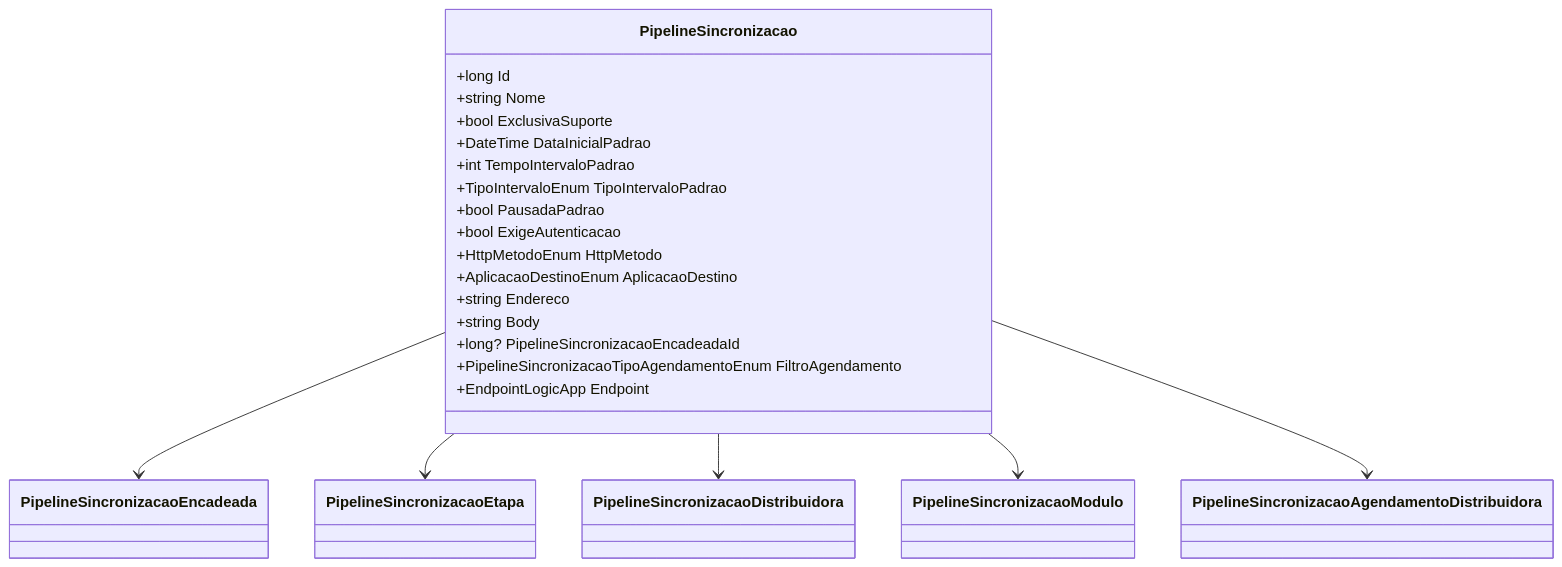
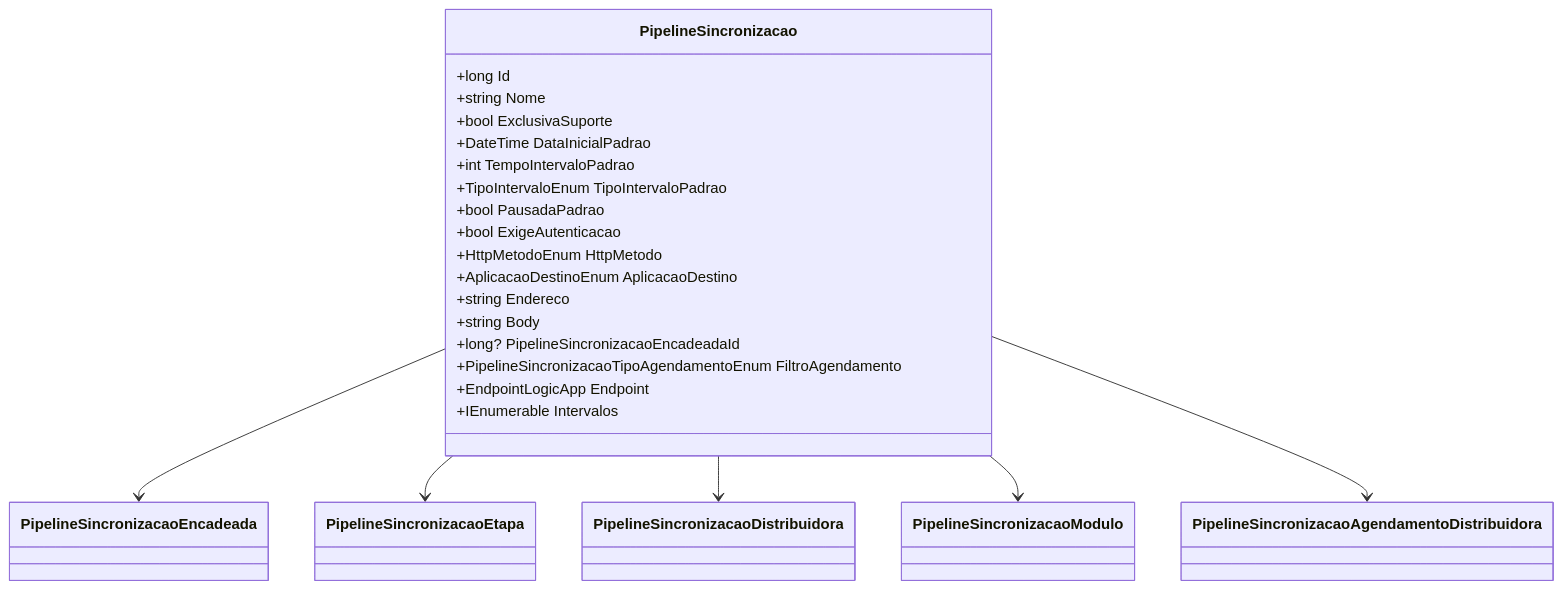
One commit to IsthmusSistemas/documentacao-tecnica changed the second of 2 diagrams in docs/b2b-dominio/IsthmusWinthor.Nucleo/IsthmusWinthor.Dominio/Entidades/PipelineSincronizacao.md. Above: the diagram before and after it, drawn with Mermaid. The commit also changed other lines of this file and 882 other files, not shown here.

````diff
--- a/docs/b2b-dominio/IsthmusWinthor.Nucleo/IsthmusWinthor.Dominio/Entidades/PipelineSincronizacao.md
+++ b/docs/b2b-dominio/IsthmusWinthor.Nucleo/IsthmusWinthor.Dominio/Entidades/PipelineSincronizacao.md
@@ -63,32 +65,42 @@
 ```mermaid
 classDiagram
     class PipelineSincronizacao {
         +long Id
         +string Nome
         +bool ExclusivaSuporte
         +DateTime DataInicialPadrao
         +int TempoIntervaloPadrao
         +TipoIntervaloEnum TipoIntervaloPadrao
         +bool PausadaPadrao
         +bool ExigeAutenticacao
         +HttpMetodoEnum HttpMetodo
         +AplicacaoDestinoEnum AplicacaoDestino
         +string Endereco
         +string Body
         +long? PipelineSincronizacaoEncadeadaId
         +PipelineSincronizacaoTipoAgendamentoEnum FiltroAgendamento
         +EndpointLogicApp Endpoint
+        +IEnumerable<IntervaloLogicApp> Intervalos
+    }
+    
+    class PipelineSincronizacaoEncadeada {
     }
 
-    class PipelineSincronizacaoEncadeada
-    class PipelineSincronizacaoEtapa
-    class PipelineSincronizacaoDistribuidora
-    class PipelineSincronizacaoModulo
-    class PipelineSincronizacaoAgendamentoDistribuidora
+    class PipelineSincronizacaoEtapa {
+    }
+
+    class PipelineSincronizacaoDistribuidora {
+    }
+
+    class PipelineSincronizacaoModulo {
+    }
+
+    class PipelineSincronizacaoAgendamentoDistribuidora {
+    }
 
     PipelineSincronizacao --> PipelineSincronizacaoEncadeada
     PipelineSincronizacao --> PipelineSincronizacaoEtapa
     PipelineSincronizacao --> PipelineSincronizacaoDistribuidora
     PipelineSincronizacao --> PipelineSincronizacaoModulo
     PipelineSincronizacao --> PipelineSincronizacaoAgendamentoDistribuidora
 ```
````
